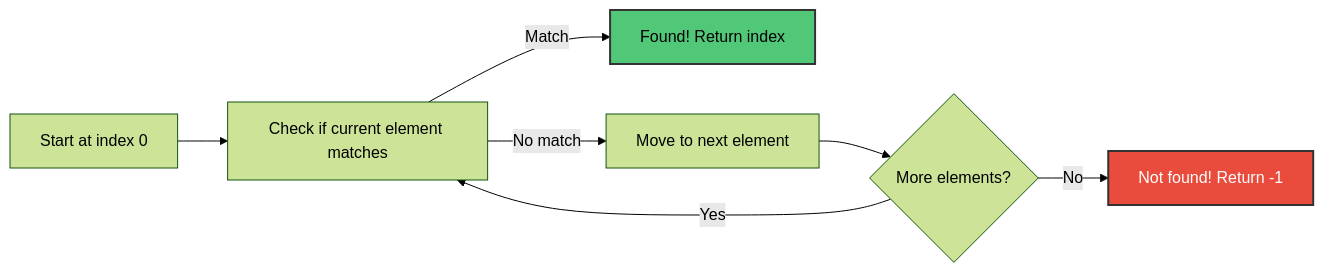
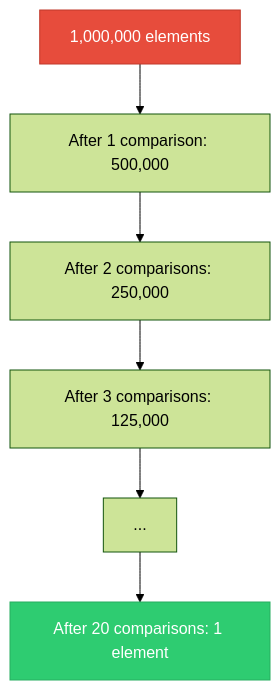
Diagram 25 of 39 in Chapter 4 - Arrays, Records and Pointers/README.md (M-F-Tushar/CSE-2101-Data-Structure), drawn with Mermaid (forest theme) before and after one commit. The commit also changed other lines of this file, not shown here.

````diff
--- a/Chapter 4 - Arrays, Records and Pointers/README.md
+++ b/Chapter 4 - Arrays, Records and Pointers/README.md
@@ -960,12 +827,11 @@
 ```mermaid
-graph LR
-    A["Start at index 0"] --> B["Check if current element matches"]
-    B -->|Match| C["Found! Return index"]
-    B -->|"No match"| D["Move to next element"]
-    D --> E{"More elements?"}
-    E -->|Yes| B
-    E -->|No| F["Not found! Return -1"]
+graph TD
+    A["1,000,000 elements"] --> B["After 1 comparison: 500,000"]
+    B --> C["After 2 comparisons: 250,000"]
+    C --> D["After 3 comparisons: 125,000"]
+    D --> E["..."]
+    E --> F["After 20 comparisons: 1 element"]
     
-    style C fill:#50C878,stroke:#333,stroke-width:2px,color:#000
-    style F fill:#E94B3C,stroke:#333,stroke-width:2px,color:#fff
+    style A fill:#e74c3c,stroke:#c0392b,color:#fff
+    style F fill:#2ecc71,stroke:#27ae60,color:#fff
 ```
````
